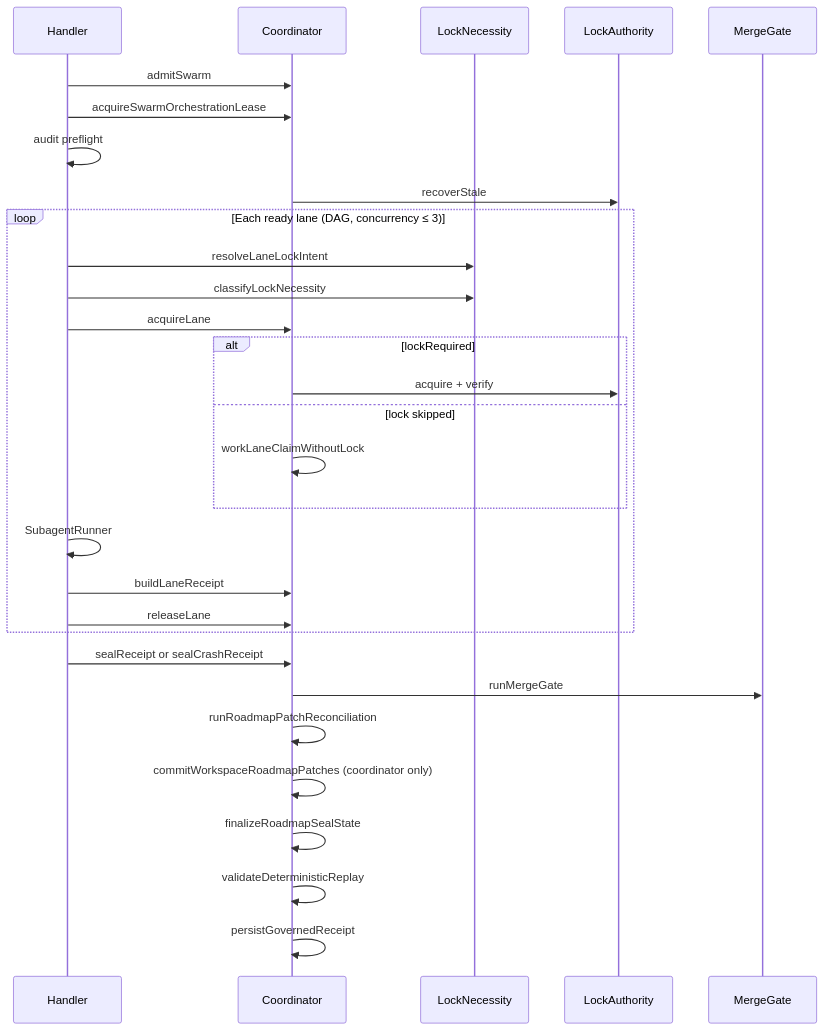
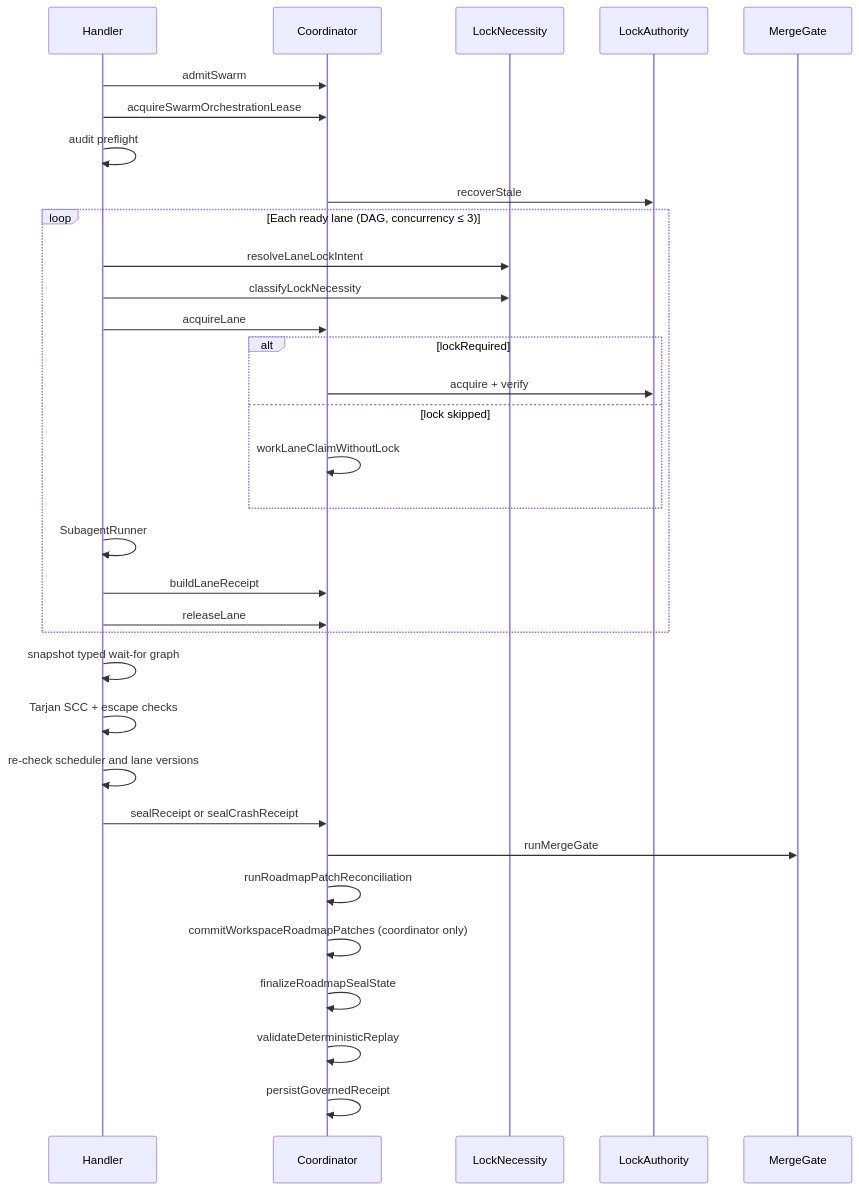
The second of 3 diagrams in docs/governed-subagent-execution.md (CardSorting/LUMI), drawn with Mermaid before and after one commit. The commit also changed other lines of this file and 63 other files, not shown here.

````diff
--- a/docs/governed-subagent-execution.md
+++ b/docs/governed-subagent-execution.md
@@ -125,35 +127,39 @@
 ```mermaid
 sequenceDiagram
   participant H as Handler
   participant C as Coordinator
   participant N as LockNecessity
   participant A as LockAuthority
   participant M as MergeGate
 
   H->>C: admitSwarm
   H->>C: acquireSwarmOrchestrationLease
   H->>H: audit preflight
   C->>A: recoverStale
 
   loop Each ready lane (DAG, concurrency ≤ 3)
     H->>N: resolveLaneLockIntent
     H->>N: classifyLockNecessity
     H->>C: acquireLane
     alt lockRequired
       C->>A: acquire + verify
     else lock skipped
       C->>C: workLaneClaimWithoutLock
     end
     H->>H: SubagentRunner
     H->>C: buildLaneReceipt
     H->>C: releaseLane
   end
 
+  H->>H: snapshot typed wait-for graph
+  H->>H: Tarjan SCC + escape checks
+  H->>H: re-check scheduler and lane versions
+
   H->>C: sealReceipt or sealCrashReceipt
   C->>M: runMergeGate
   C->>C: runRoadmapPatchReconciliation
   C->>C: commitWorkspaceRoadmapPatches (coordinator only)
   C->>C: finalizeRoadmapSealState
   C->>C: validateDeterministicReplay
   C->>C: persistGovernedReceipt
 ```
````
